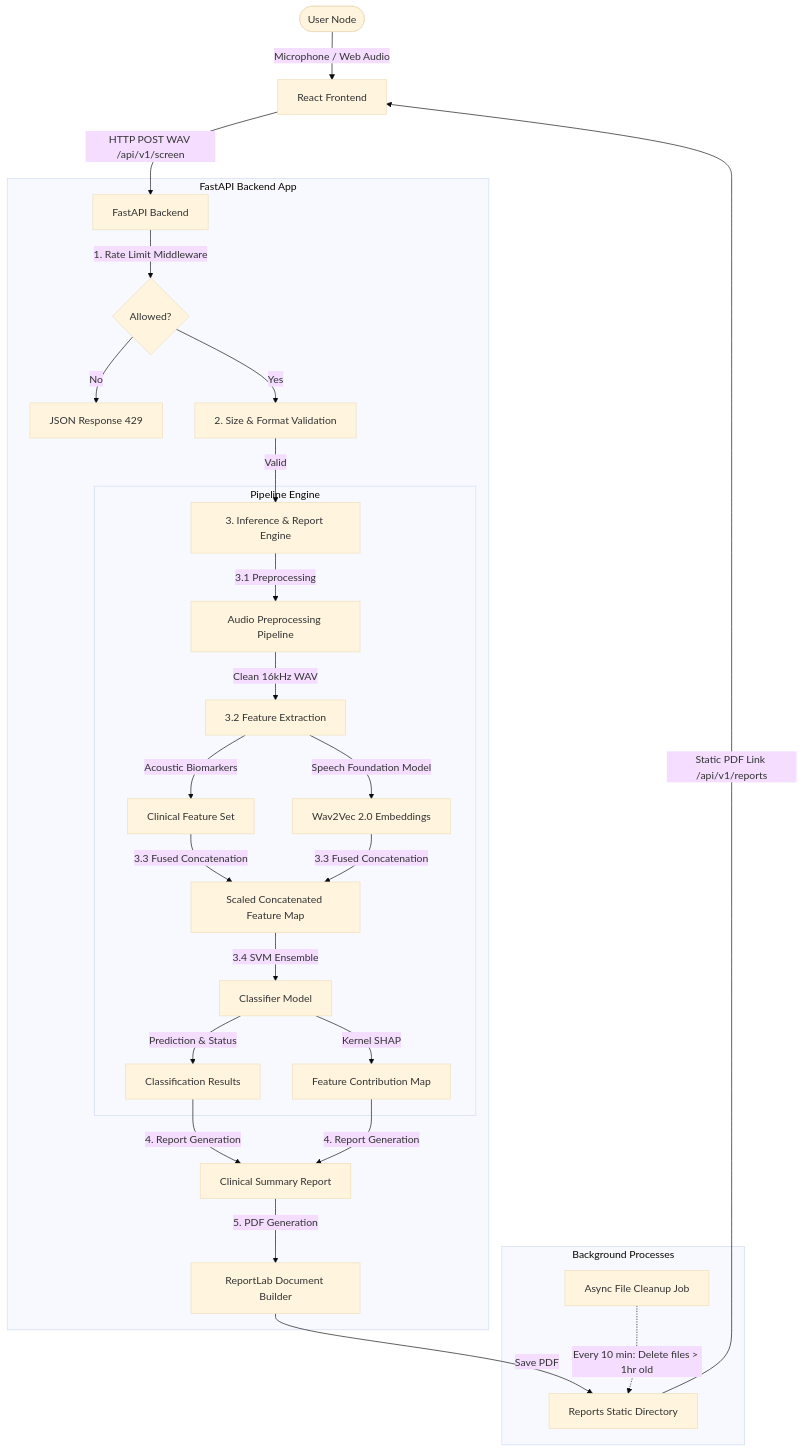
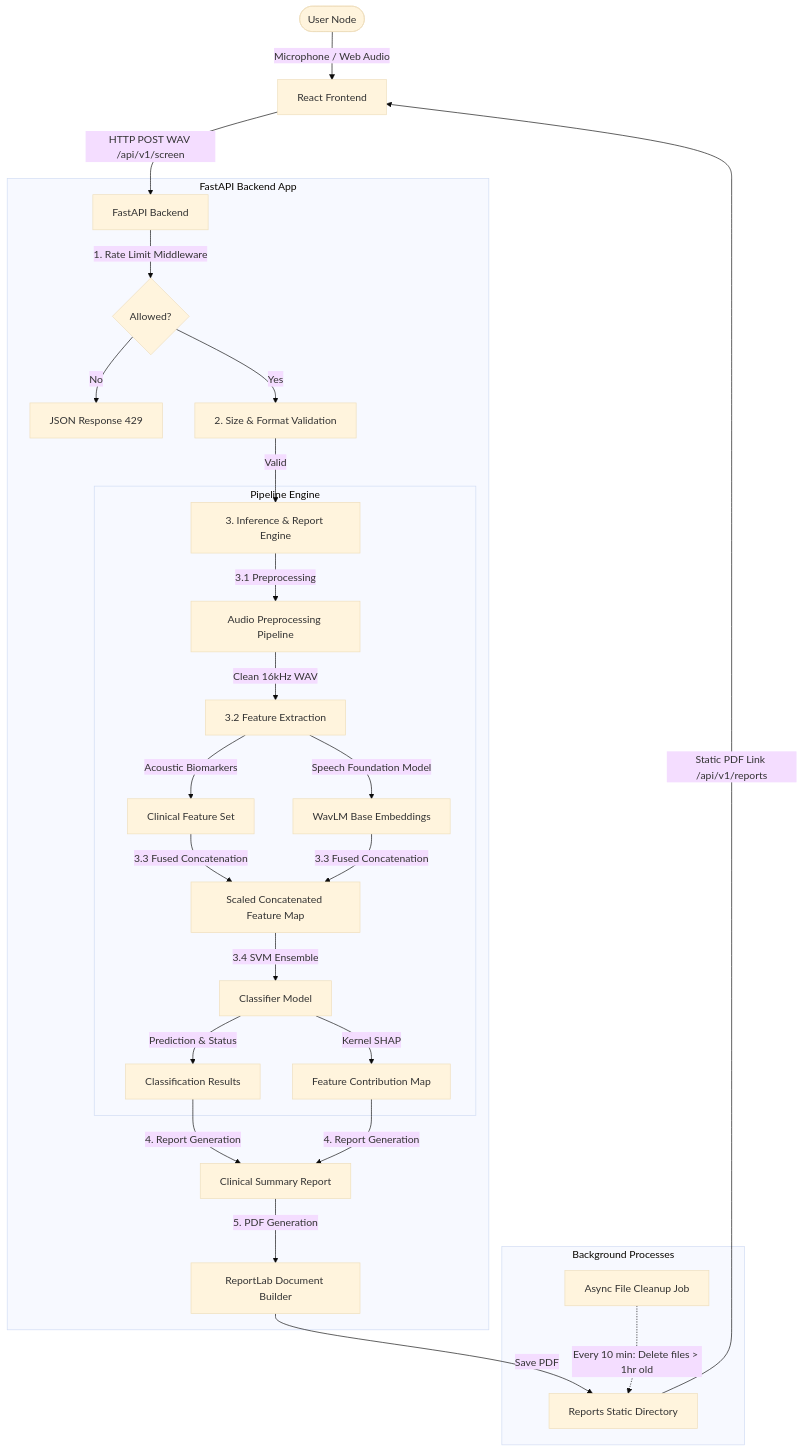
The diagram in docs/architecture.md (VaibhavUPratap/vitavoice), drawn with Mermaid (base theme) before and after one commit. The commit also changed other lines of this file and 11 other files, not shown here.

Commit message:
model enhanced to wavLm

````diff
--- a/docs/architecture.md
+++ b/docs/architecture.md
@@ -13,37 +13,37 @@
 ```mermaid
 graph TD
     User([User Node]) -->|Microphone / Web Audio| FE[React Frontend]
     FE -->|HTTP POST WAV /api/v1/screen| BE[FastAPI Backend]
     
     subgraph FastAPI Backend App
         BE -->|1. Rate Limit Middleware| RL{Allowed?}
         RL -->|No| R_429[JSON Response 429]
         RL -->|Yes| VAL[2. Size & Format Validation]
         
         VAL -->|Valid| INF[3. Inference & Report Engine]
         
         subgraph Pipeline Engine
             INF -->|3.1 Preprocessing| PP[Audio Preprocessing Pipeline]
             PP -->|Clean 16kHz WAV| FE_EXT[3.2 Feature Extraction]
             
             FE_EXT -->|Acoustic Biomarkers| F_CLI[Clinical Feature Set]
-            FE_EXT -->|Speech Foundation Model| F_EMB[Wav2Vec 2.0 Embeddings]
+            FE_EXT -->|Speech Foundation Model| F_EMB[WavLM Base Embeddings]
             
             F_CLI & F_EMB -->|3.3 Fused Concatenation| CONCAT[Scaled Concatenated Feature Map]
             CONCAT -->|3.4 SVM Ensemble| CLF[Classifier Model]
             
             CLF -->|Prediction & Status| OUT[Classification Results]
             CLF -->|Kernel SHAP| SHAP[Feature Contribution Map]
         end
         
         OUT & SHAP -->|4. Report Generation| REP[Clinical Summary Report]
         REP -->|5. PDF Generation| PDF[ReportLab Document Builder]
     end
     
     PDF -->|Save PDF| STR[Reports Static Directory]
     STR -->|Static PDF Link /api/v1/reports| FE
     
     subgraph Background Processes
         BG[Async File Cleanup Job] -.->|Every 10 min: Delete files > 1hr old| STR
     end
 ```
````
